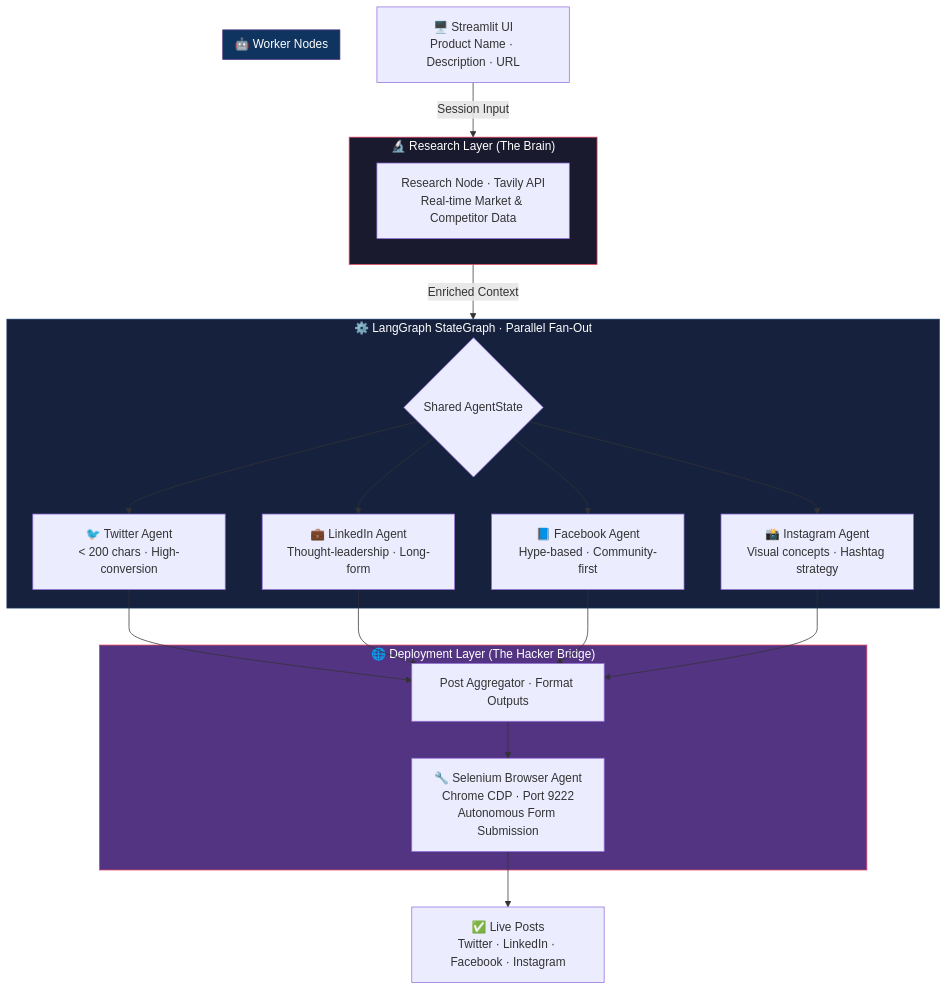
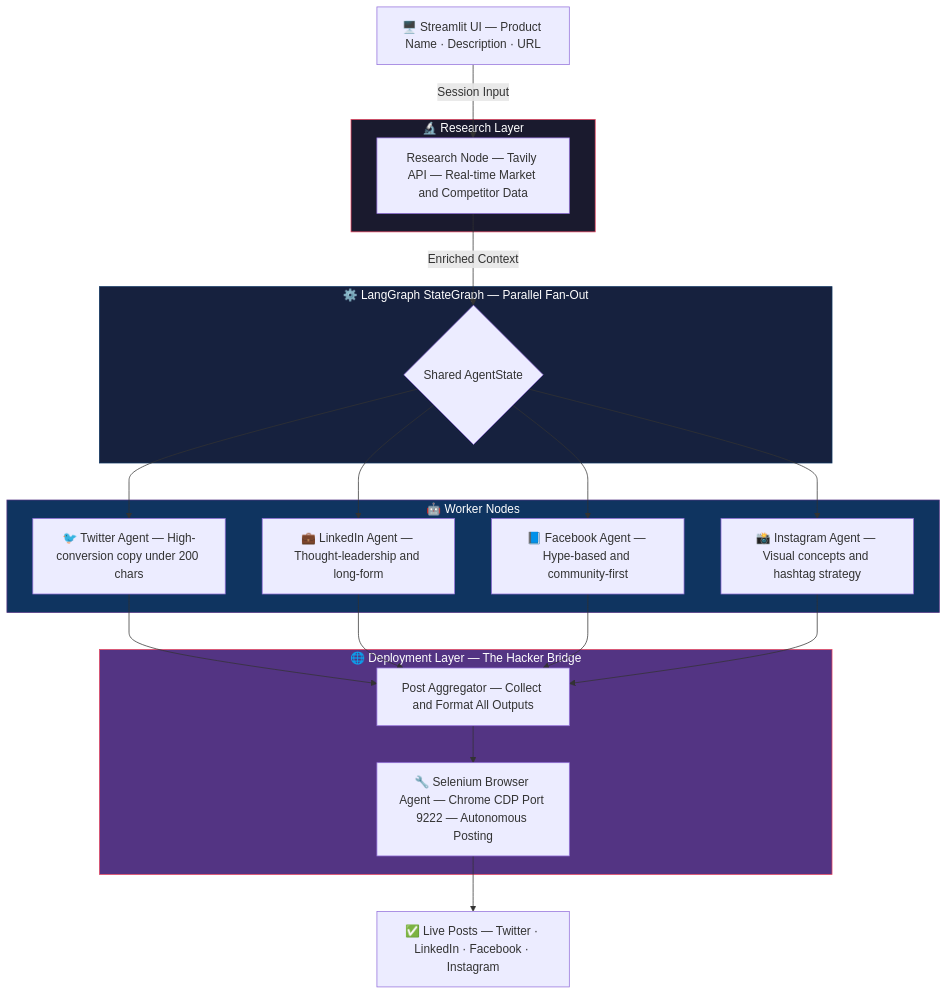
One commit to Harshit-Negi27/project_draper changed the diagram in README.md. Above: the diagram before and after it, drawn with Mermaid.

````diff
--- a/README.md
+++ b/README.md
@@ -42,39 +42,44 @@
 ```mermaid
 flowchart TD
-    User["🖥️ Streamlit UI\nProduct Name · Description · URL"] -->|Session Input| Research
+    UI["🖥️ Streamlit UI — Product Name · Description · URL"]
+    UI -->|Session Input| R
 
-    subgraph Research ["🔬 Research Layer (The Brain)"]
-        R["Research Node · Tavily API\nReal-time Market & Competitor Data"]
+    subgraph RESEARCH ["🔬 Research Layer"]
+        R["Research Node — Tavily API — Real-time Market and Competitor Data"]
     end
 
-    Research -->|Enriched Context| Orchestrator
+    R -->|Enriched Context| O
 
-    subgraph Orchestrator ["⚙️ LangGraph StateGraph · Parallel Fan-Out"]
+    subgraph ORCHESTRATION ["⚙️ LangGraph StateGraph — Parallel Fan-Out"]
         O{"Shared AgentState"}
-        O --> TW
-        O --> LI
-        O --> FB
-        O --> IG
     end
 
-    subgraph Agents ["🤖 Worker Nodes"]
-        TW["🐦 Twitter Agent\n< 200 chars · High-conversion"]
-        LI["💼 LinkedIn Agent\nThought-leadership · Long-form"]
-        FB["📘 Facebook Agent\nHype-based · Community-first"]
-        IG["📸 Instagram Agent\nVisual concepts · Hashtag strategy"]
+    O --> TW
+    O --> LI
+    O --> FB
+    O --> IG
+
+    subgraph WORKERS ["🤖 Worker Nodes"]
+        TW["🐦 Twitter Agent — High-conversion copy under 200 chars"]
+        LI["💼 LinkedIn Agent — Thought-leadership and long-form"]
+        FB["📘 Facebook Agent — Hype-based and community-first"]
+        IG["📸 Instagram Agent — Visual concepts and hashtag strategy"]
     end
 
-    TW & LI & FB & IG --> Aggregator
+    TW --> AGG
+    LI --> AGG
+    FB --> AGG
+    IG --> AGG
 
-    subgraph Deploy ["🌐 Deployment Layer (The Hacker Bridge)"]
-        Aggregator["Post Aggregator · Format Outputs"]
-        Aggregator --> Browser["🔧 Selenium Browser Agent\nChrome CDP · Port 9222\nAutonomous Form Submission"]
+    subgraph DEPLOY ["🌐 Deployment Layer — The Hacker Bridge"]
+        AGG["Post Aggregator — Collect and Format All Outputs"]
+        AGG --> SEL["🔧 Selenium Browser Agent — Chrome CDP Port 9222 — Autonomous Posting"]
     end
 
-    Browser --> Live["✅ Live Posts\nTwitter · LinkedIn · Facebook · Instagram"]
+    SEL --> LIVE["✅ Live Posts — Twitter · LinkedIn · Facebook · Instagram"]
 
-    style Research fill:#1a1a2e,stroke:#e94560,color:#fff
-    style Orchestrator fill:#16213e,stroke:#0f3460,color:#fff
-    style Agents fill:#0f3460,stroke:#533483,color:#fff
-    style Deploy fill:#533483,stroke:#e94560,color:#fff
+    style RESEARCH fill:#1a1a2e,stroke:#e94560,color:#fff
+    style ORCHESTRATION fill:#16213e,stroke:#0f3460,color:#fff
+    style WORKERS fill:#0f3460,stroke:#533483,color:#fff
+    style DEPLOY fill:#533483,stroke:#e94560,color:#fff
 ```
````
